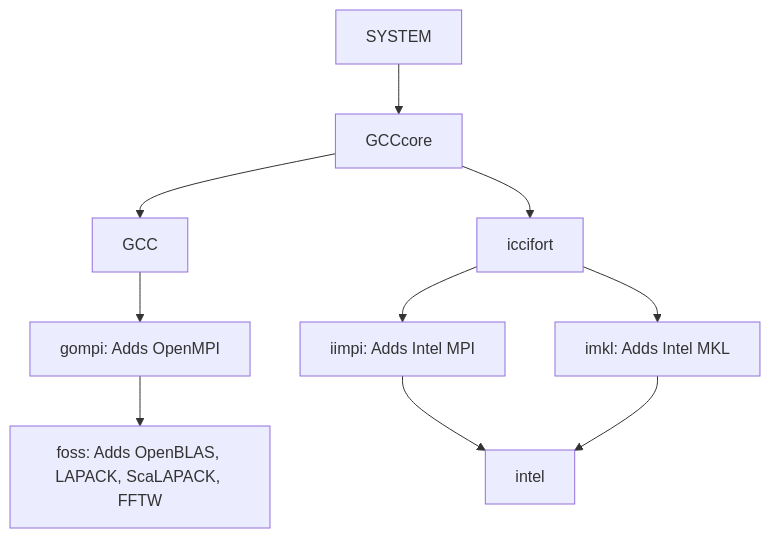
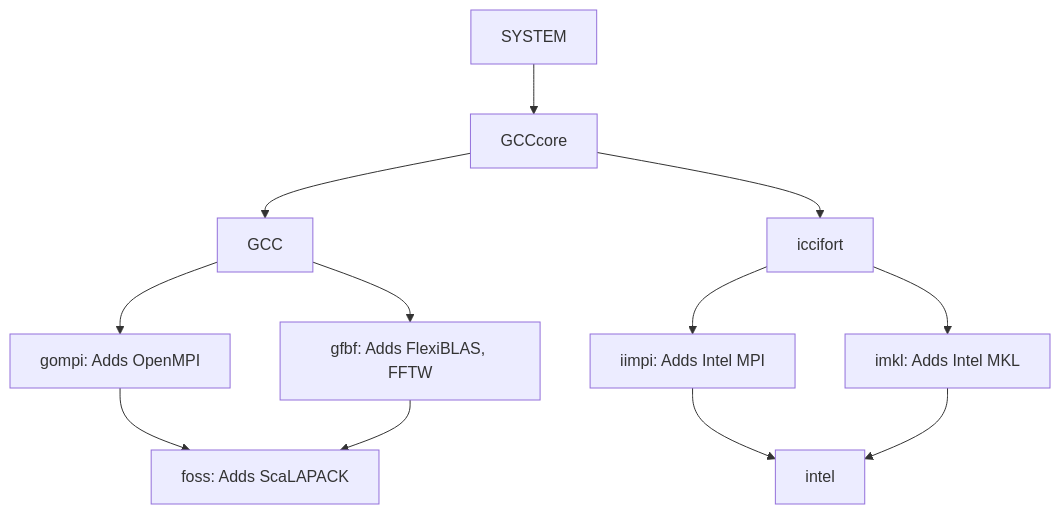
The diagram in docs/2025-LUST/1_Intro/1_05_terminology.md (easybuilders/easybuild-tutorial), drawn with Mermaid before and after one commit. The commit also changed other lines of this file and 5 other files, not shown here.

````diff
--- a/docs/2025-LUST/1_Intro/1_05_terminology.md
+++ b/docs/2025-LUST/1_Intro/1_05_terminology.md
@@ -99,12 +100,14 @@
 ```mermaid
 graph TD;
 A[SYSTEM] --> B[GCCcore];
 B --> C[GCC];
 B --> D[iccifort];
 C --> E[gompi: Adds OpenMPI];
-D --> F[iimpi: Adds Intel MPI];
-D --> G[imkl: Adds Intel MKL];
-E --> H[foss: Adds OpenBLAS, LAPACK, ScaLAPACK, FFTW];
-F --> I[intel];
-G --> I;
+C --> F[gfbf: Adds FlexiBLAS, FFTW];
+D --> G[iimpi: Adds Intel MPI];
+D --> H[imkl: Adds Intel MKL];
+E --> I[foss: Adds ScaLAPACK];
+F --> I;
+G --> J[intel];
+H --> J;
 ```
````
